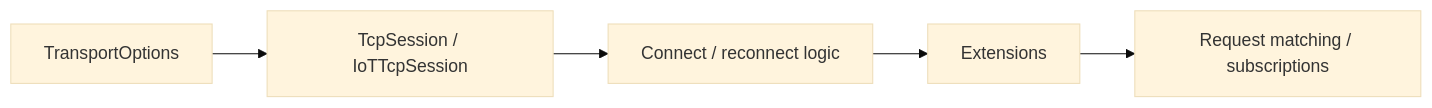
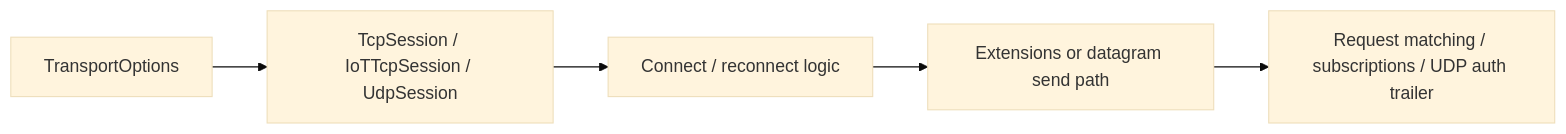
One commit to ppn-systems/nalix-docs changed the diagram in docs/api/sdk/overview.md. Above: the diagram before and after it, drawn with Mermaid (base theme). The commit also changed other lines of this file and 7 other files, not shown here.

First line of the commit message:
Update docs for UDP client/server support and auth trailer

````diff
--- a/docs/api/sdk/overview.md
+++ b/docs/api/sdk/overview.md
@@ -10,7 +10,7 @@
 ```mermaid
 flowchart LR
-    A["TransportOptions"] --> B["TcpSession / IoTTcpSession"]
+    A["TransportOptions"] --> B["TcpSession / IoTTcpSession / UdpSession"]
     B --> C["Connect / reconnect logic"]
-    C --> D["Extensions"]
-    D --> E["Request matching / subscriptions"]
+    C --> D["Extensions or datagram send path"]
+    D --> E["Request matching / subscriptions / UDP auth trailer"]
 ```
````
